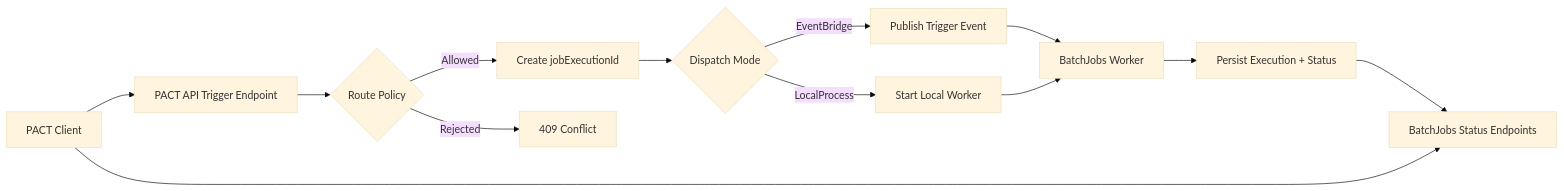
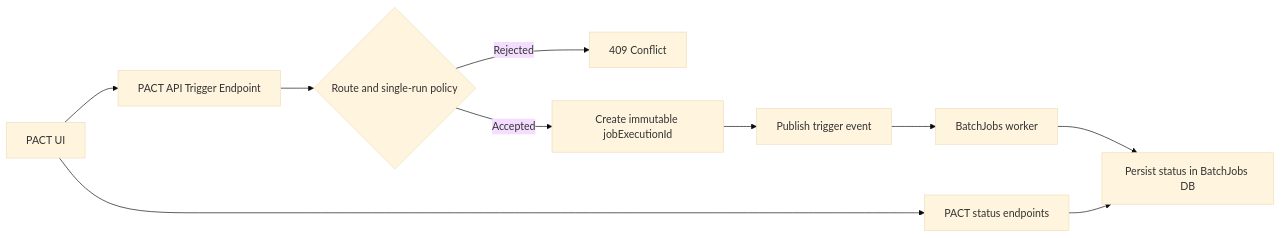
The first of 2 diagrams in src/Apha.BatchJobs/docs/PACT-BATCHJOBS-HANDOFF-EVENTGRID.md (DEFRA/apha-fps-apps), drawn with Mermaid (base theme) before and after one commit. The commit also changed other lines of this file and 24 other files, not shown here.

Commit message:
BatchJobs: add startup watchdog, status handling updates, and documentation bundle

````diff
--- a/src/Apha.BatchJobs/docs/PACT-BATCHJOBS-HANDOFF-EVENTGRID.md
+++ b/src/Apha.BatchJobs/docs/PACT-BATCHJOBS-HANDOFF-EVENTGRID.md
@@ -25,15 +34,12 @@
 ```mermaid
 flowchart LR
-  A[PACT Client] --> B[PACT API Trigger Endpoint]
-  B --> C{Route Policy}
-  C -->|Allowed| D[Create jobExecutionId]
+  A[PACT UI] --> B[PACT API Trigger Endpoint]
+  B --> C{Route and single-run policy}
   C -->|Rejected| X[409 Conflict]
-  D --> E{Dispatch Mode}
-  E -->|EventBridge| F[Publish Trigger Event]
-  E -->|LocalProcess| G[Start Local Worker]
-  F --> H[BatchJobs Worker]
-  G --> H
-  H --> I[Persist Execution + Status]
-  I --> J[BatchJobs Status Endpoints]
-  A --> J
+  C -->|Accepted| D[Create immutable jobExecutionId]
+  D --> E[Publish trigger event]
+  E --> F[BatchJobs worker]
+  F --> G[Persist status in BatchJobs DB]
+   A --> H[PACT status endpoints]
+  H --> G
 ```
````
